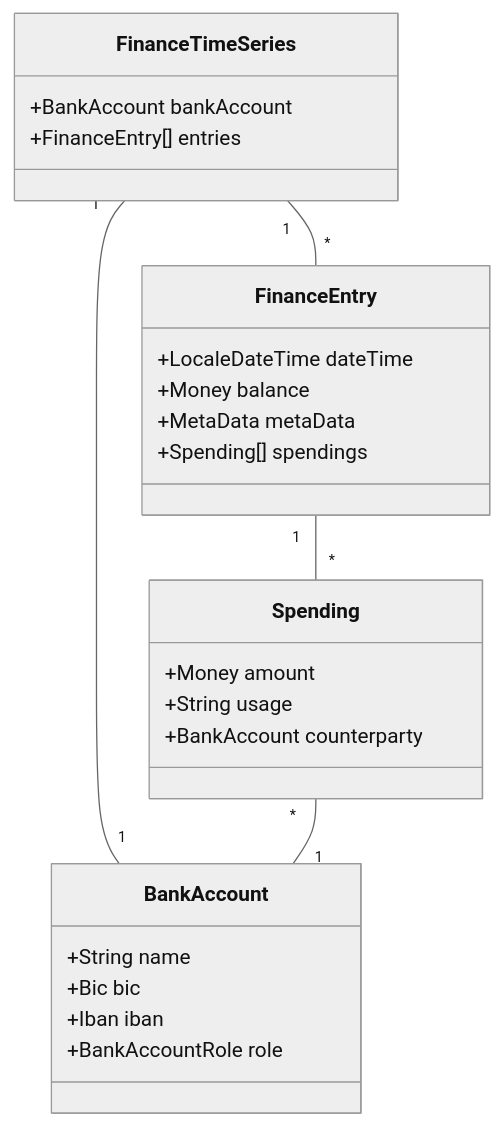
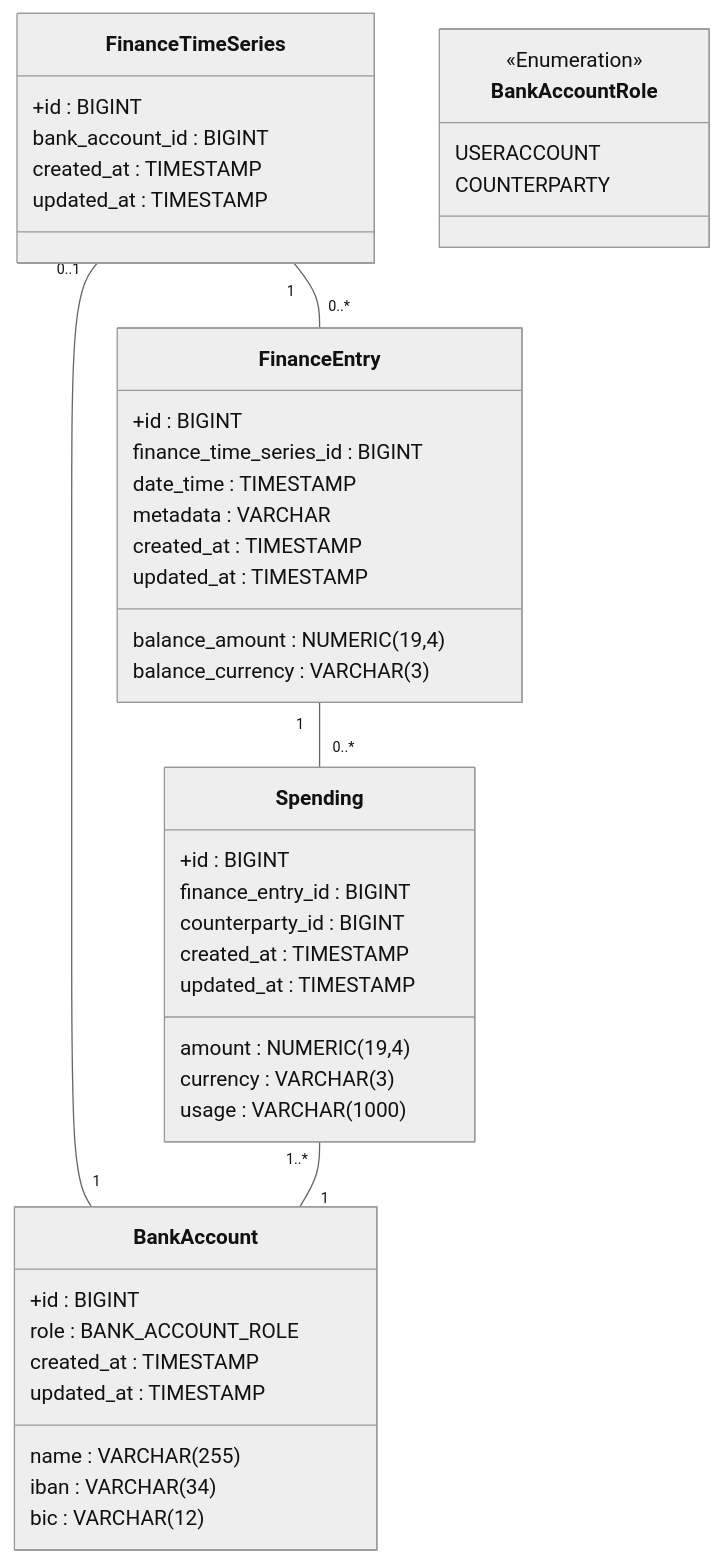
The diagram in docs/Data.md (homsim/jeld), drawn with Mermaid (neutral theme) before and after one commit. The commit also changed other lines of this file and 35 other files, not shown here.

Commit message:
WIP: Change schema, adapt services, create tests

````diff
--- a/docs/Data.md
+++ b/docs/Data.md
@@ -5,30 +5,49 @@
 ```mermaid
 classDiagram
     
-    FinanceTimeSeries "1" -- "1" BankAccount
-    FinanceTimeSeries "1" -- "*" FinanceEntry
-    FinanceEntry "1" -- "*" Spending    
-    Spending "*" -- "1" BankAccount
+    FinanceTimeSeries "0..1" -- "1" BankAccount
+    FinanceTimeSeries "1" -- "0..*" FinanceEntry
+    FinanceEntry "1" -- "0..*" Spending    
+    Spending "1..*" -- "1" BankAccount
     
     class FinanceTimeSeries{
-        +BankAccount bankAccount
-        +FinanceEntry[] entries
+        +id : BIGINT
+        bank_account_id : BIGINT
+        created_at : TIMESTAMP
+        updated_at : TIMESTAMP
     }
     class FinanceEntry{
-        +LocaleDateTime dateTime
-        +Money balance
-        +MetaData metaData
-        +Spending[] spendings
+        +id : BIGINT
+        finance_time_series_id : BIGINT
+        date_time : TIMESTAMP
+        balance_amount : NUMERIC(19,4)
+        balance_currency : VARCHAR(3)
+        metadata : VARCHAR
+        created_at : TIMESTAMP
+        updated_at : TIMESTAMP
     }
     class BankAccount{
-        +String name
-        +Bic bic
-        +Iban iban
-        +BankAccountRole role
+        +id : BIGINT
+        name : VARCHAR(255)
+        iban : VARCHAR(34)
+        bic : VARCHAR(12)
+        role : BANK_ACCOUNT_ROLE
+        created_at : TIMESTAMP
+        updated_at : TIMESTAMP
     }
     class Spending{
-        +Money amount
-        +String usage
-        +BankAccount counterparty
+        +id : BIGINT
+        finance_entry_id : BIGINT
+        amount : NUMERIC(19,4)
+        currency : VARCHAR(3)
+        usage : VARCHAR(1000)
+        counterparty_id : BIGINT
+        created_at : TIMESTAMP
+        updated_at : TIMESTAMP
+    }
+    class BankAccountRole{
+        <<Enumeration>>
+        USERACCOUNT
+        COUNTERPARTY
     }
 ```
````
